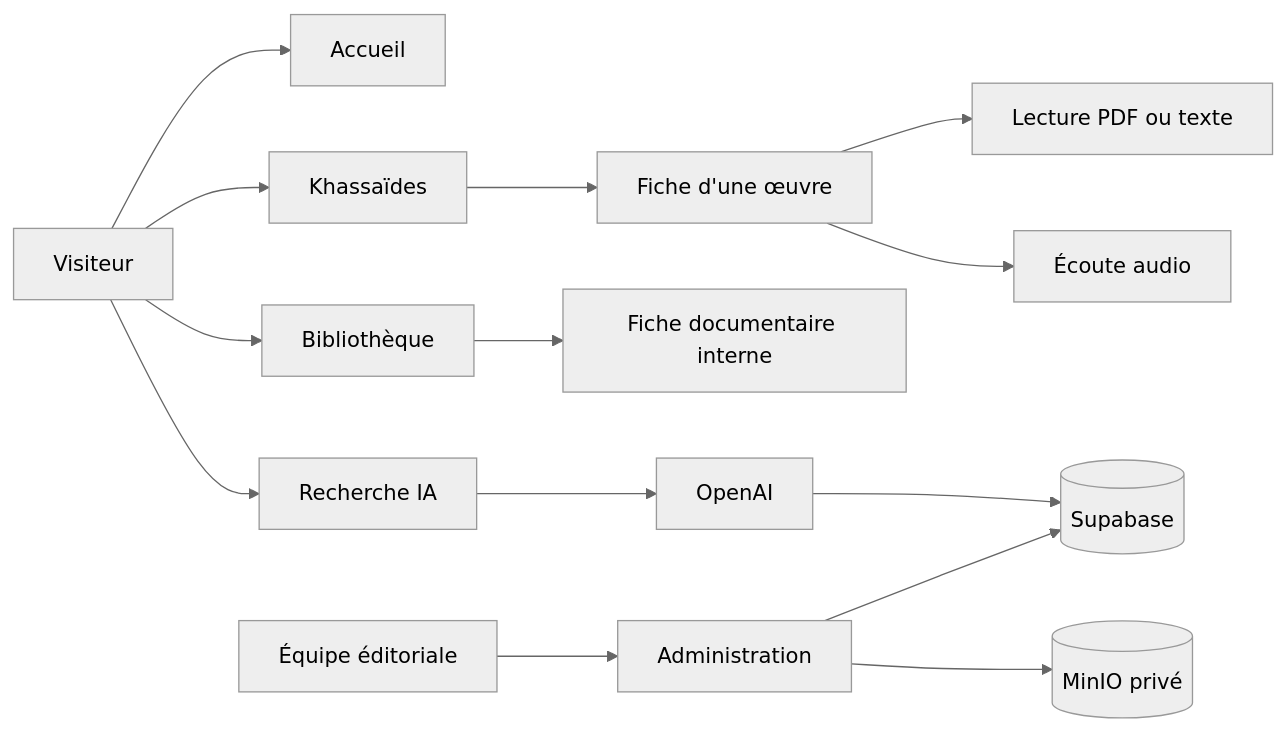
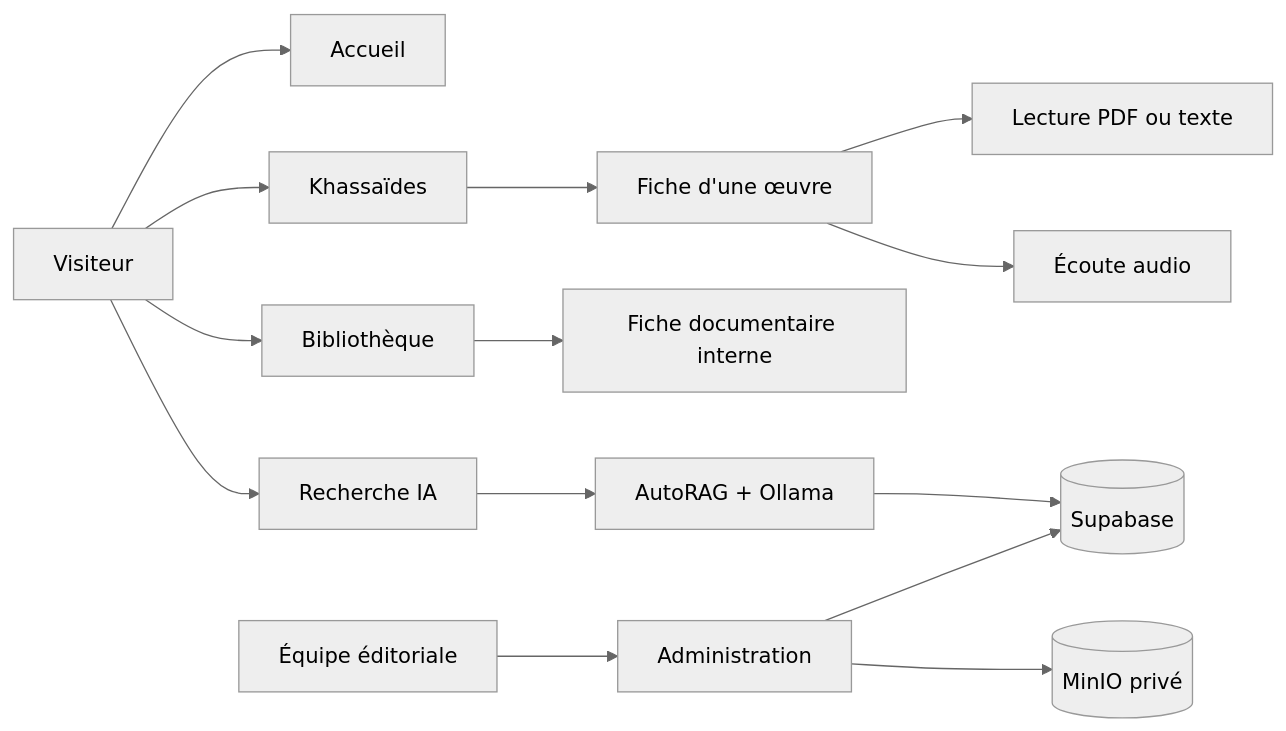
The diagram in docs/README.md (MouridLab/xassida-search), drawn with Mermaid (neutral theme) before and after one commit. The commit also changed 7 other files, not shown here.

Commit message:
docs(rag): document and test local AutoRAG workflow

````diff
--- a/docs/README.md
+++ b/docs/README.md
@@ -18,16 +18,16 @@
 ```mermaid
 flowchart LR
     V[Visiteur] --> A[Accueil]
     V --> K[Khassaïdes]
     V --> B[Bibliothèque]
     V --> R[Recherche IA]
     K --> F[Fiche d'une œuvre]
     F --> P[Lecture PDF ou texte]
     F --> AU[Écoute audio]
     B --> D[Fiche documentaire interne]
     E[Équipe éditoriale] --> AD[Administration]
     AD --> S[(Supabase)]
     AD --> M[(MinIO privé)]
-    R --> O[OpenAI]
+    R --> O[AutoRAG + Ollama]
     O --> S
 ```
````
